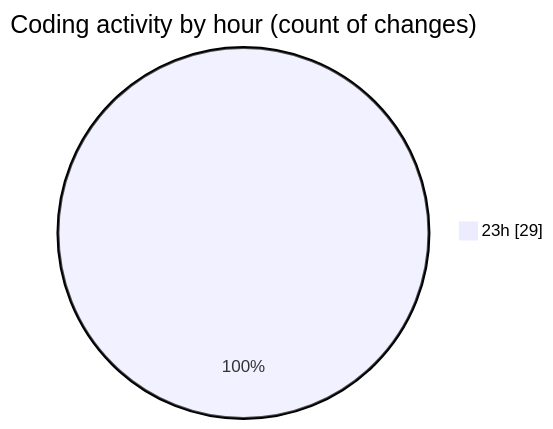
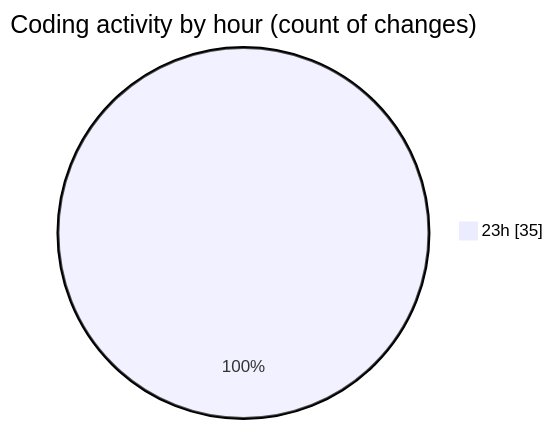
The second of 2 diagrams in 2026-11-02/taskforge/README.md (hasnaa123/code-tracking), drawn with Mermaid before and after one commit. The commit also changed other lines of this file and 1 other file, not shown here.

````diff
--- a/2026-11-02/taskforge/README.md
+++ b/2026-11-02/taskforge/README.md
@@ -30,5 +31,5 @@
 ```mermaid
 pie showData
 title Coding activity by hour (count of changes)
-"23h" : 29
+"23h" : 35
 ```
````
